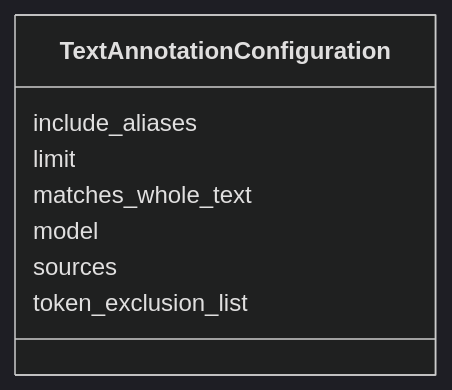
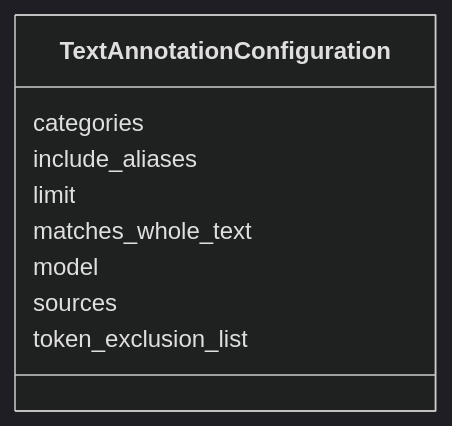
The diagram in text-annotator/TextAnnotationConfiguration.md (INCATools/ontology-access-kit), drawn with Mermaid (dark theme) before and after one commit. The commit also changed other lines of this file and 34 other files, not shown here.

````diff
--- a/text-annotator/TextAnnotationConfiguration.md
+++ b/text-annotator/TextAnnotationConfiguration.md
@@ -15,17 +15,19 @@
 ```{mermaid}
  classDiagram
     class TextAnnotationConfiguration
+      TextAnnotationConfiguration : categories
+        
       TextAnnotationConfiguration : include_aliases
         
       TextAnnotationConfiguration : limit
         
       TextAnnotationConfiguration : matches_whole_text
         
       TextAnnotationConfiguration : model
         
       TextAnnotationConfiguration : sources
         
       TextAnnotationConfiguration : token_exclusion_list
         
       
 ```
````
